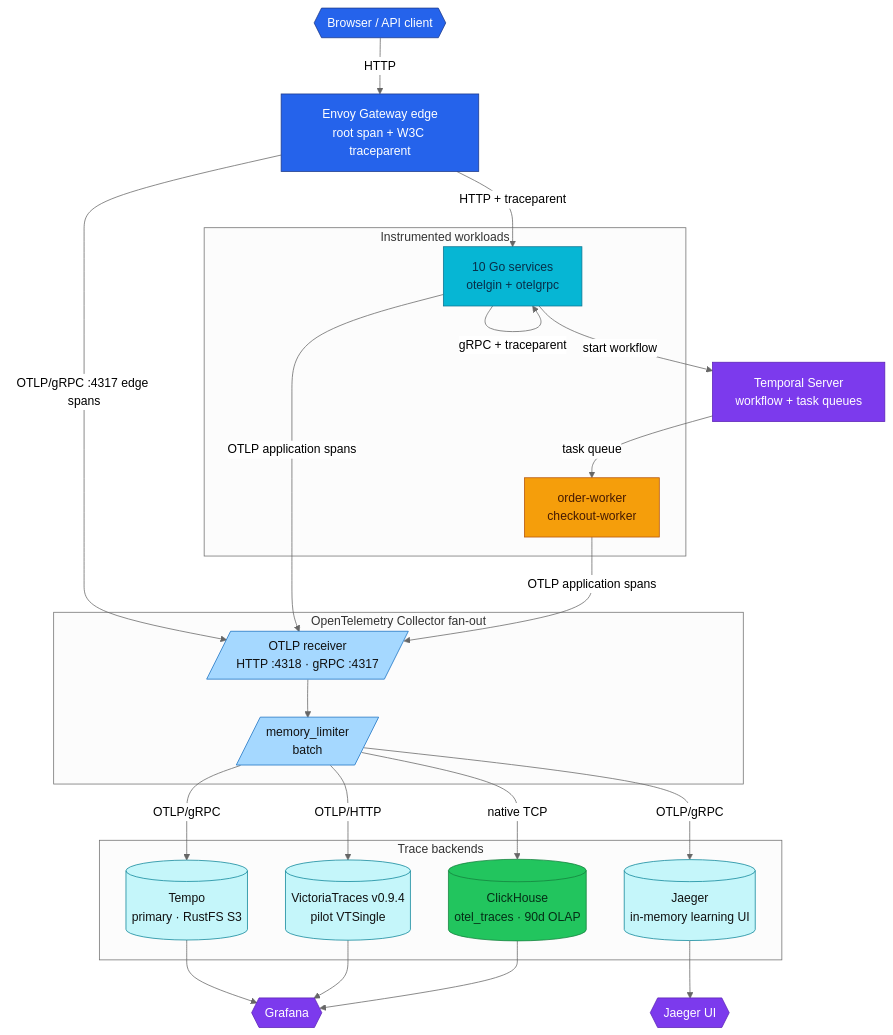
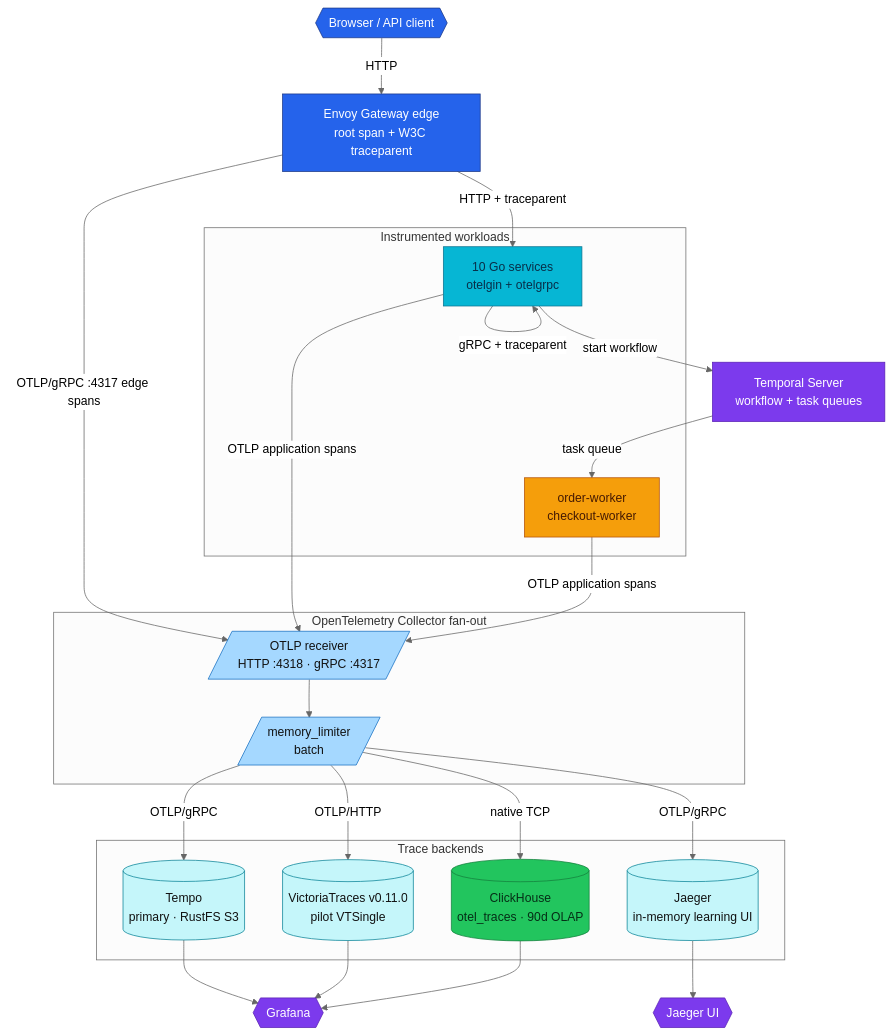
The first of 2 diagrams in docs/observability/tracing/architecture.md (duynhlab/homelab), drawn with Mermaid (neutral theme) before and after one commit. The commit also changed other lines of this file and 7 other files, not shown here.

````diff
--- a/docs/observability/tracing/architecture.md
+++ b/docs/observability/tracing/architecture.md
@@ -11,59 +11,59 @@
 ```mermaid
 flowchart TB
     Client{{"Browser / API client"}}
     Edge["Envoy Gateway edge<br/>root span + W3C traceparent"]
 
     subgraph workloads["Instrumented workloads"]
         Services["10 Go services<br/>otelgin + otelgrpc"]
         Workers["order-worker<br/>checkout-worker"]
     end
     Temporal["Temporal Server<br/>workflow + task queues"]
 
 
     subgraph collectorNode["OpenTelemetry Collector fan-out"]
         Receiver[/"OTLP receiver<br/>HTTP :4318 · gRPC :4317"/]
         Processors[/"memory_limiter<br/>batch"/]
         Receiver --> Processors
     end
 
     subgraph backends["Trace backends"]
         Tempo[("Tempo<br/>primary · RustFS S3")]
         Jaeger[("Jaeger<br/>in-memory learning UI")]
-        VT[("VictoriaTraces v0.9.4<br/>pilot VTSingle")]
+        VT[("VictoriaTraces v0.11.0<br/>pilot VTSingle")]
         CH[("ClickHouse<br/>otel_traces · 90d OLAP")]
     end
 
     Grafana{{"Grafana"}}
     JaegerUI{{"Jaeger UI"}}
 
     Client -->|"HTTP"| Edge
     Edge -->|"HTTP + traceparent"| Services
     Services -->|"gRPC + traceparent"| Services
     Services -->|"start workflow"| Temporal
     Temporal -->|"task queue"| Workers
     Edge -->|"OTLP/gRPC :4317 edge spans"| Receiver
     Services & Workers -->|"OTLP application spans"| Receiver
     Processors -->|"OTLP/gRPC"| Tempo
     Processors -->|"OTLP/gRPC"| Jaeger
     Processors -->|"OTLP/HTTP"| VT
     Processors -->|"native TCP"| CH
     Tempo --> Grafana
     VT --> Grafana
     CH --> Grafana
     Jaeger --> JaegerUI
 
     classDef edge fill:#2563eb,color:#fff,stroke:#1e3a8a;
     classDef service fill:#06b6d4,color:#082f49,stroke:#0e7490;
     classDef worker fill:#f59e0b,color:#451a03,stroke:#b45309;
     classDef platform fill:#7c3aed,color:#fff,stroke:#5b21b6;
     classDef trace fill:#c5f6fa,color:#111,stroke:#0c8599;
     classDef collector fill:#a5d8ff,color:#111,stroke:#1971c2;
     classDef data fill:#22c55e,color:#052e16,stroke:#15803d;
     class Client,Edge edge;
     class Services service;
     class Workers worker;
     class Receiver,Processors collector;
     class Tempo,Jaeger,VT trace;
     class CH data;
     class Temporal,Grafana,JaegerUI platform;
 ```
````
